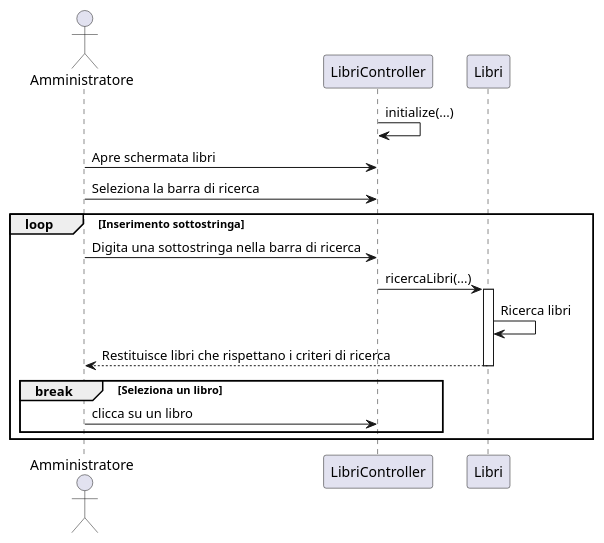
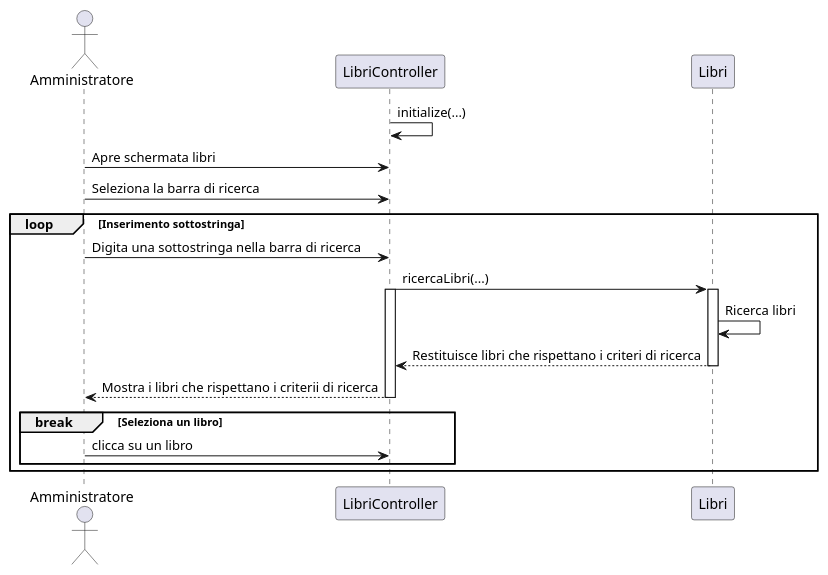
One commit to TitanVoid/ProgSE-Biblioteca changed the diagram in documents/DiagrammiUML/DiagrammiDiSequenza/diagrammaC10RicercaLibro.puml. Above: the diagram before and after it, drawn with PlantUML. The commit also changed 1 other file, not shown here.

Commit message:
Update diagrammi sequenza di ricerca

```diff
--- a/documents/DiagrammiUML/DiagrammiDiSequenza/diagrammaC10RicercaLibro.puml
+++ b/documents/DiagrammiUML/DiagrammiDiSequenza/diagrammaC10RicercaLibro.puml
@@ -1,27 +1,30 @@
 @startuml
 
 	actor Amministratore as a
 	participant LibriController as cvl
 	participant Libri as gl
 	
 	cvl->cvl: initialize(...)
 	a->cvl: Apre schermata libri
 	a->cvl: Seleziona la barra di ricerca
 	
 	'Ogni volta che viene inserito un carattere viene aggiornata la ricerca
 	loop Inserimento sottostringa 
 		a->cvl: Digita una sottostringa nella barra di ricerca
 		cvl->gl: ricercaLibri(...)
-		activate gl
-			gl->gl: Ricerca libri
-			gl-->a:Restituisce libri che rispettano i criteri di ricerca
-		deactivate gl
+		activate cvl
+			activate gl
+				gl->gl: Ricerca libri
+				gl-->cvl:Restituisce libri che rispettano i criteri di ricerca
+			deactivate gl
+			cvl-->a: Mostra i libri che rispettano i criterii di ricerca
+		deactivate cvl
 		
 		'Condizione di uscita dal loop
 		break Seleziona un libro 
 			a->cvl: clicca su un libro
 		end
 
 	end
 
 @enduml
```
